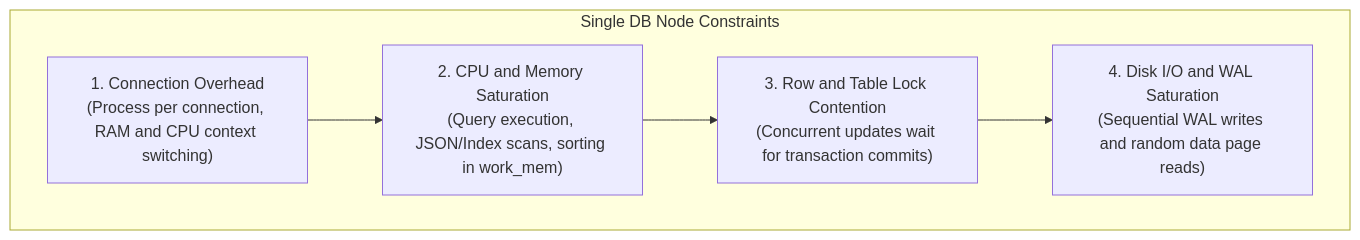
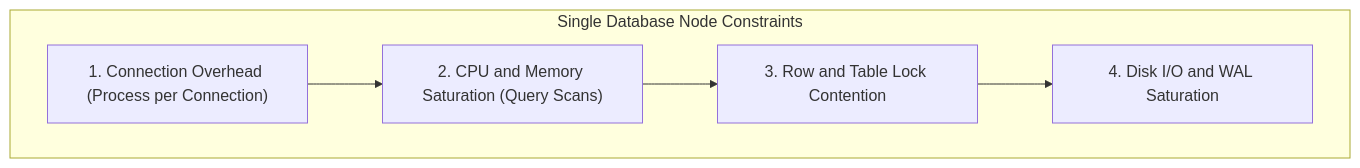
One commit to userhimanshuverma/30_Days_of_Building_Systems_That_Scale changed the first of 5 diagrams in days/phase-2-database-becomes-the-problem/day-06-app-scales-db-doesnt/README.md. Above: the diagram before and after it, drawn with Mermaid. The commit also changed other lines of this file, not shown here.

Commit message:
fix(docs): remove HTML break tags from Mermaid node strings for clean SVG rendering

````diff
--- a/days/phase-2-database-becomes-the-problem/day-06-app-scales-db-doesnt/README.md
+++ b/days/phase-2-database-becomes-the-problem/day-06-app-scales-db-doesnt/README.md
@@ -131,13 +131,13 @@
 ```mermaid
 graph TD
-    subgraph Single_DB ["Single DB Node Constraints"]
-        CON["1. Connection Overhead<br/>(Process per connection, RAM and CPU context switching)"]
-        CPU["2. CPU and Memory Saturation<br/>(Query execution, JSON/Index scans, sorting in work_mem)"]
-        LOCK["3. Row and Table Lock Contention<br/>(Concurrent updates wait for transaction commits)"]
-        IO["4. Disk I/O and WAL Saturation<br/>(Sequential WAL writes and random data page reads)"]
+    subgraph Bottlenecks ["Single Database Node Constraints"]
+        CON["1. Connection Overhead (Process per Connection)"]
+        CPU["2. CPU and Memory Saturation (Query Scans)"]
+        LOCK["3. Row and Table Lock Contention"]
+        IO["4. Disk I/O and WAL Saturation"]
     end
 
     CON --> CPU
     CPU --> LOCK
     LOCK --> IO
 ```
````
